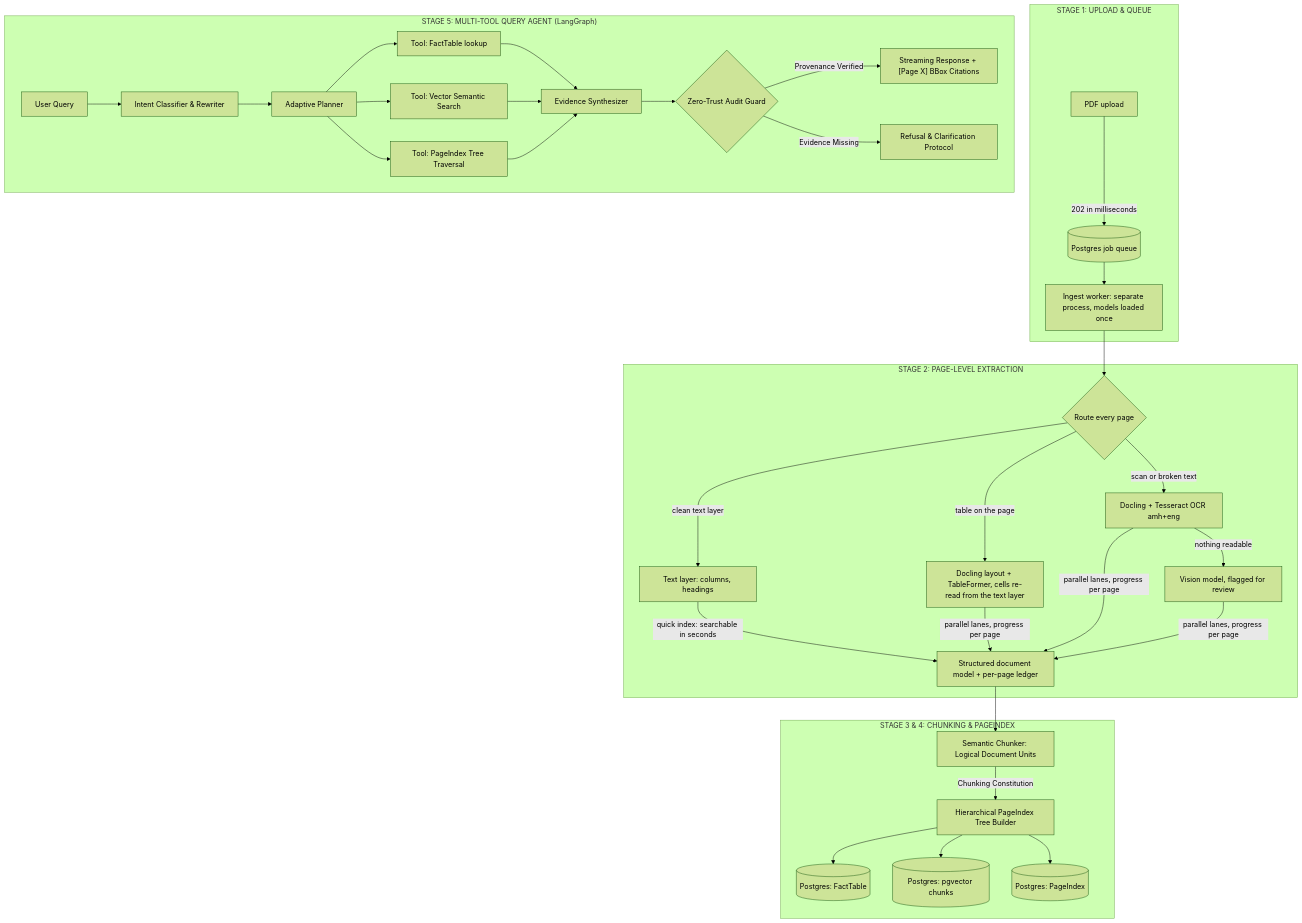
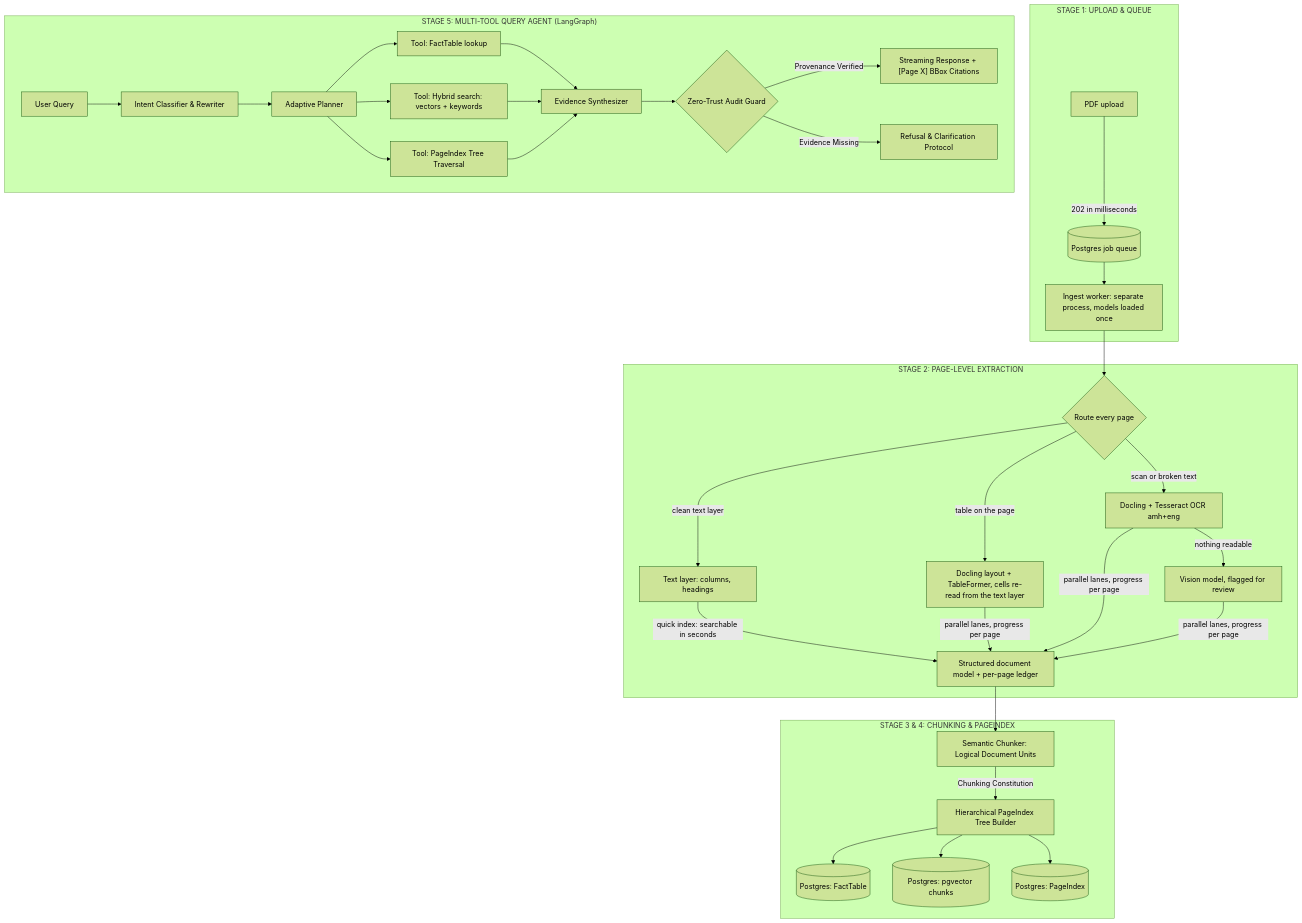
The diagram in README.md (Heban-7/DocMind), drawn with Mermaid (forest theme) before and after one commit. The commit also changed other lines of this file and 21 other files, not shown here.

First line of the commit message:
Retrieve with hybrid search over context-aware chunks (M6)

````diff
--- a/README.md
+++ b/README.md
@@ -71,37 +71,37 @@
 ```mermaid
 flowchart TD
     subgraph INGESTION ["STAGE 1: UPLOAD & QUEUE"]
         A[PDF upload] -->|202 in milliseconds| Q0[(Postgres job queue)]
         Q0 --> W[Ingest worker: separate process, models loaded once]
     end
 
     subgraph EXTRACTION ["STAGE 2: PAGE-LEVEL EXTRACTION"]
         W --> R{Route every page}
         R -->|clean text layer| S1[Text layer: columns, headings]
         R -->|table on the page| S2[Docling layout + TableFormer, cells re-read from the text layer]
         R -->|scan or broken text| S3[Docling + Tesseract OCR amh+eng]
         S3 -->|nothing readable| S4[Vision model, flagged for review]
         S1 -->|quick index: searchable in seconds| D
         S2 & S3 & S4 -->|parallel lanes, progress per page| D[Structured document model + per-page ledger]
     end
 
     subgraph REFINERY ["STAGE 3 & 4: CHUNKING & PAGEINDEX"]
         D --> E[Semantic Chunker: Logical Document Units]
         E -->|Chunking Constitution| F[Hierarchical PageIndex Tree Builder]
         F --> H1[(Postgres: FactTable)]
         F --> H2[(Postgres: pgvector chunks)]
         F --> H3[(Postgres: PageIndex)]
     end
 
     subgraph QUERY ["STAGE 5: MULTI-TOOL QUERY AGENT (LangGraph)"]
         Q[User Query] --> I[Intent Classifier & Rewriter]
         I --> J[Adaptive Planner]
         J --> K1[Tool: FactTable lookup]
-        J --> K2[Tool: Vector Semantic Search]
+        J --> K2[Tool: Hybrid search: vectors + keywords]
         J --> K3[Tool: PageIndex Tree Traversal]
         K1 & K2 & K3 --> L[Evidence Synthesizer]
         L --> M{Zero-Trust Audit Guard}
         M -->|Provenance Verified| N["Streaming Response + [Page X] BBox Citations"]
         M -->|Evidence Missing| O[Refusal & Clarification Protocol]
     end
 ```
````
